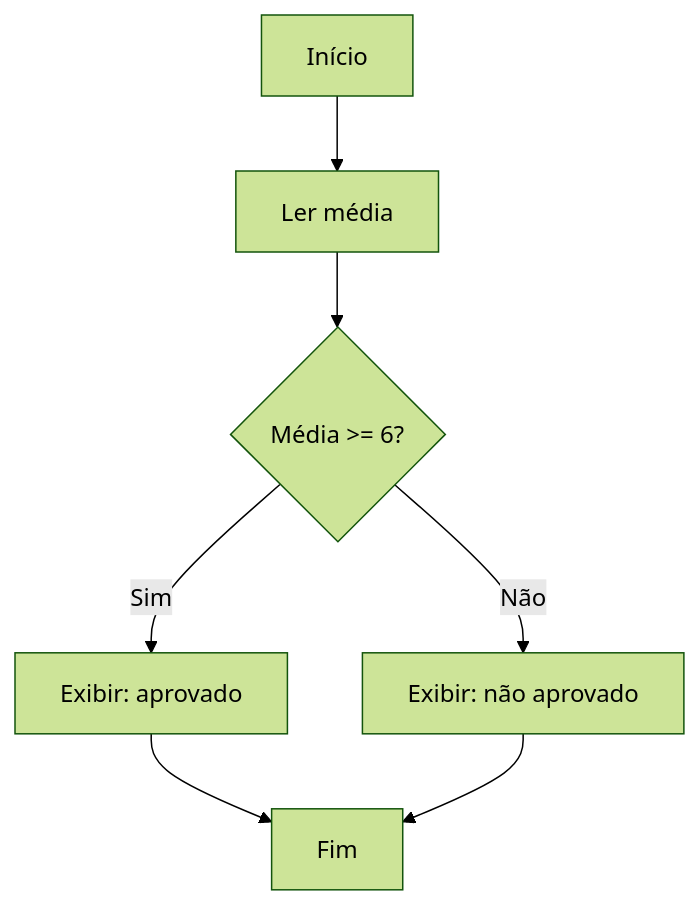
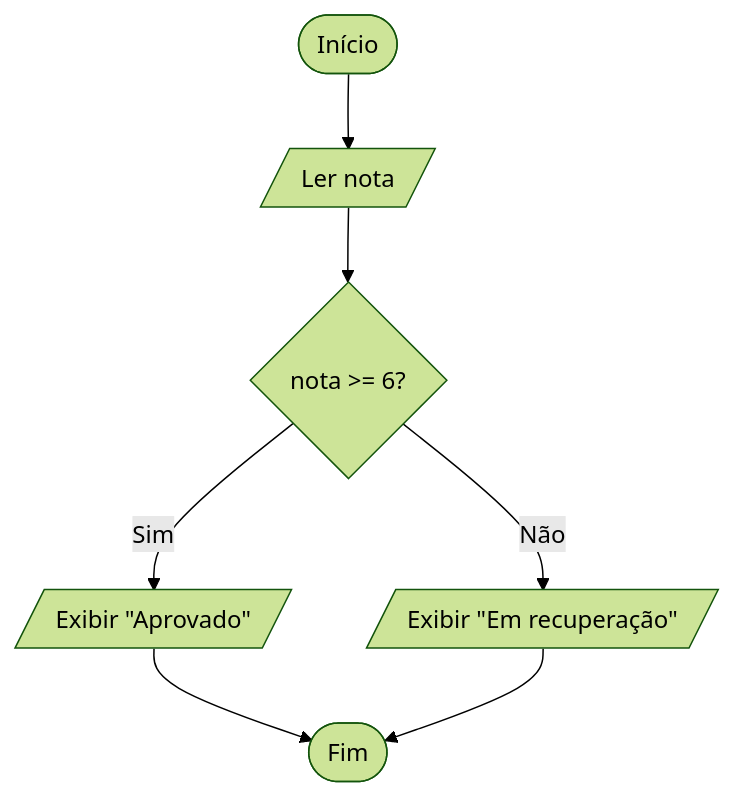
The diagram in docs/ALP/apostila/capitulos/05-estruturas-condicionais.md (thissyalmeida/fatec-material-aulas), drawn with Mermaid (forest theme) before and after one commit. The commit also changed other lines of this file and 65 other files, not shown here.

````diff
--- a/docs/ALP/apostila/capitulos/05-estruturas-condicionais.md
+++ b/docs/ALP/apostila/capitulos/05-estruturas-condicionais.md
@@ -17,9 +34,9 @@
 ```mermaid
 flowchart TD
-    A["Início"] --> B["Ler média"]
-    B --> C{"Média >= 6?"}
-    C -- "Sim" --> D["Exibir: aprovado"]
-    C -- "Não" --> E["Exibir: não aprovado"]
-    D --> F["Fim"]
+    A([Início]) --> B[/Ler nota/]
+    B --> C{nota >= 6?}
+    C -- Sim --> D[/Exibir "Aprovado"/]
+    C -- Não --> E[/Exibir "Em recuperação"/]
+    D --> F([Fim])
     E --> F
 ```
````
